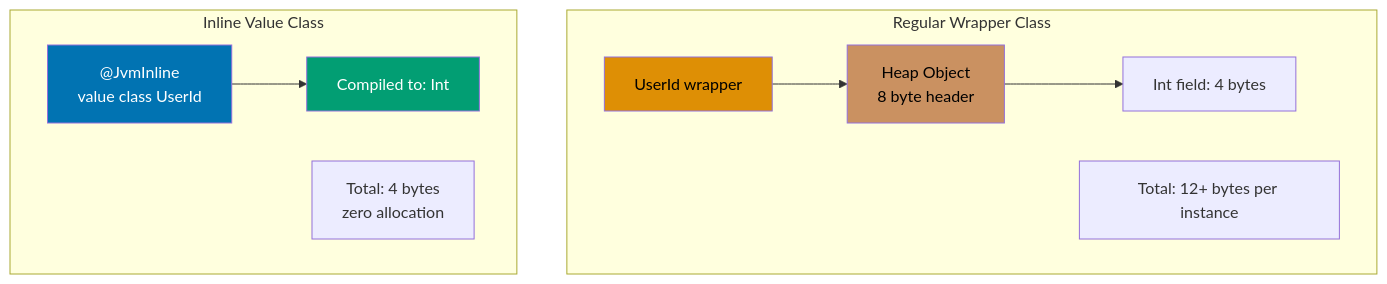
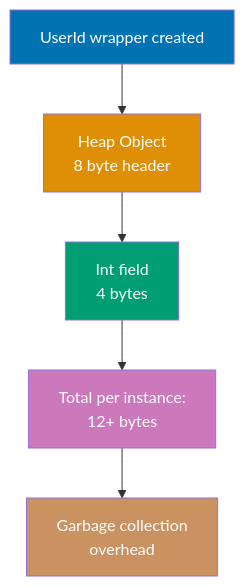
Before and after one commit to wahidyankf/open-sharia-enterprise: the fifth of 10 diagrams in apps/ayokoding-web/content/en/learn/software-engineering/programming-languages/kotlin/tutorials/by-example/advanced.md, drawn with Mermaid. The commit also changed other lines of this file and 86 other files, not shown here.

First line of the commit message:
feat(diagrams): implement TD default layout and diagram splitting for mobile

````diff
--- a/apps/ayokoding-web/content/en/learn/software-engineering/programming-languages/kotlin/tutorials/by-example/advanced.md
+++ b/apps/ayokoding-web/content/en/learn/software-engineering/programming-languages/kotlin/tutorials/by-example/advanced.md
@@ -1501,19 +1503,15 @@
 ```mermaid
-%% Inline class vs regular wrapper allocation
+%% Color Palette: Blue #0173B2, Orange #DE8F05, Teal #029E73, Purple #CC78BC, Brown #CA9161
 graph TD
-    subgraph Regular[Regular Wrapper Class]
-        R1[UserId wrapper] --> R2[Heap Object<br/>8 byte header]
-        R2 --> R3[Int field: 4 bytes]
-        R4[Total: 12+ bytes per instance]
-    end
+    Wrapper[UserId wrapper created]
+    Wrapper --> Header[Heap Object<br/>8 byte header]
+    Header --> Field[Int field<br/>4 bytes]
+    Field --> Total[Total per instance:<br/>12+ bytes]
+    Total --> GC[Garbage collection<br/>overhead]
 
-    subgraph Inline[Inline Value Class]
-        I1["@JvmInline<br/>value class UserId"] --> I2[Compiled to: Int]
-        I3[Total: 4 bytes<br/>zero allocation]
-    end
-
-    style R1 fill:#DE8F05,color:#000
-    style R2 fill:#CA9161,color:#000
-    style I1 fill:#0173B2,color:#fff
-    style I2 fill:#029E73,color:#fff
+    style Wrapper fill:#0173B2,color:#fff
+    style Header fill:#DE8F05,color:#fff
+    style Field fill:#029E73,color:#fff
+    style Total fill:#CC78BC,color:#fff
+    style GC fill:#CA9161,color:#fff
 ```
````
